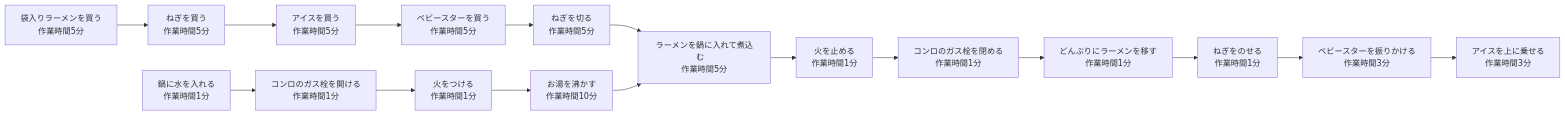
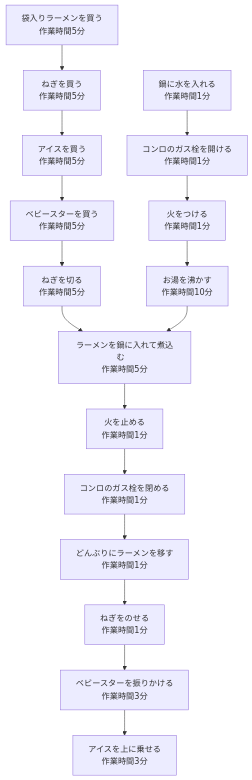
The diagram in WBS_1_3_izon.md (useruser0123/mypage), drawn with Mermaid before and after one commit.

Commit message:
WBS_1-3修正

````diff
--- a/WBS_1_3_izon.md
+++ b/WBS_1_3_izon.md
@@ -1,53 +1,53 @@
 ```mermaid
-flowchart  LR;
+flowchart  TD;
 d2["袋入りラーメンを買う"
 作業時間5分]
 d3["ねぎを買う"
 作業時間5分]
 d4["アイスを買う"
 作業時間5分]
 d5["ベビースターを買う"
 作業時間5分]
 d6["鍋に水を入れる"
 作業時間1分]
 d7["コンロのガス栓を開ける"
 作業時間1分]
 d8["火をつける"
 作業時間1分]
 d9["お湯を沸かす"
 作業時間10分]
 d10["ねぎを切る"
 作業時間5分]
 d11["ラーメンを鍋に入れて煮込む"　
 作業時間5分]
 d12["火を止める"
 作業時間1分]
 d13["コンロのガス栓を閉める"
 作業時間1分]
 d14["どんぶりにラーメンを移す"
 作業時間1分]
 d15["ねぎをのせる"
 作業時間1分]
 d16["ベビースターを振りかける"
 作業時間3分]
 d17["アイスを上に乗せる"
 作業時間3分]
 
 
 d2 --> d3
 d3 --> d4
 d4 --> d5
 d6 --> d7
 d7 --> d8
 d8 --> d9
 d5 --> d10
 d10 --> d11
 d9 --> d11
 d11 --> d12
 d12 --> d13
 d13 --> d14
 d14 --> d15
 d15 --> d16
 d16 --> d17
 
 ```
````
